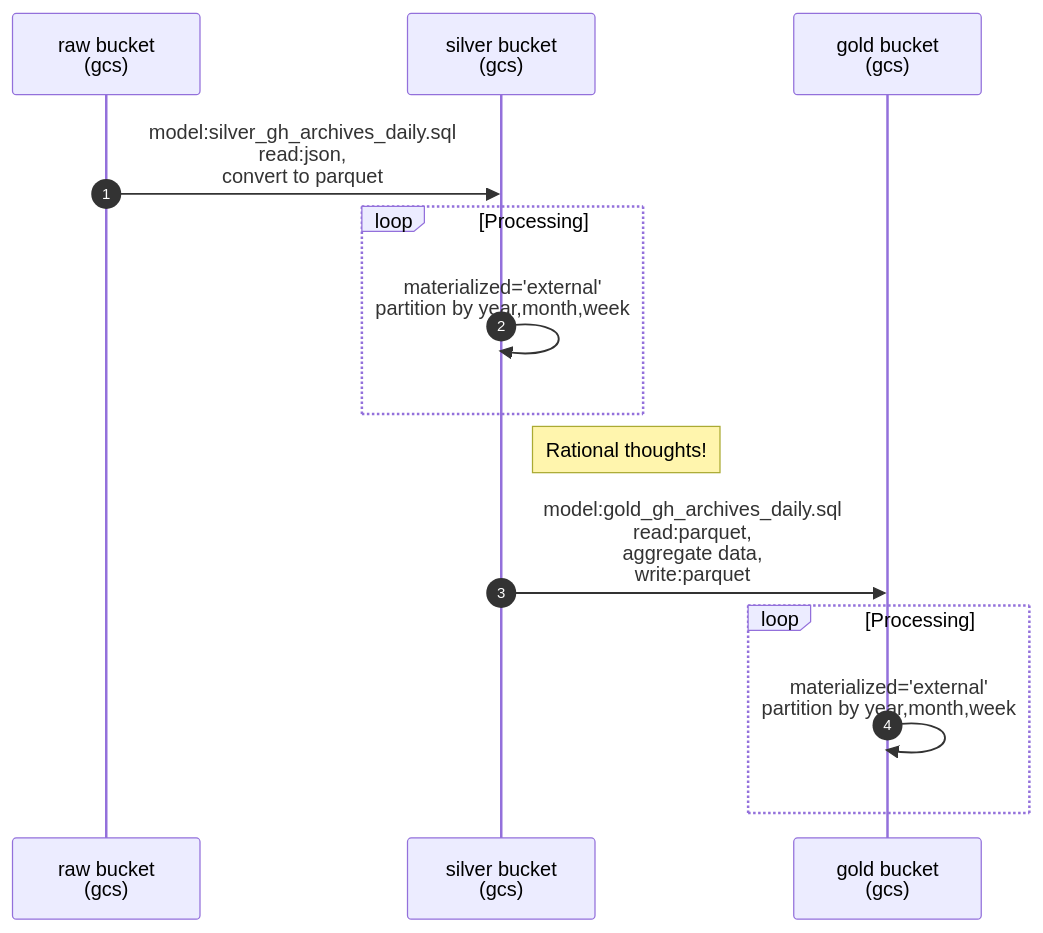
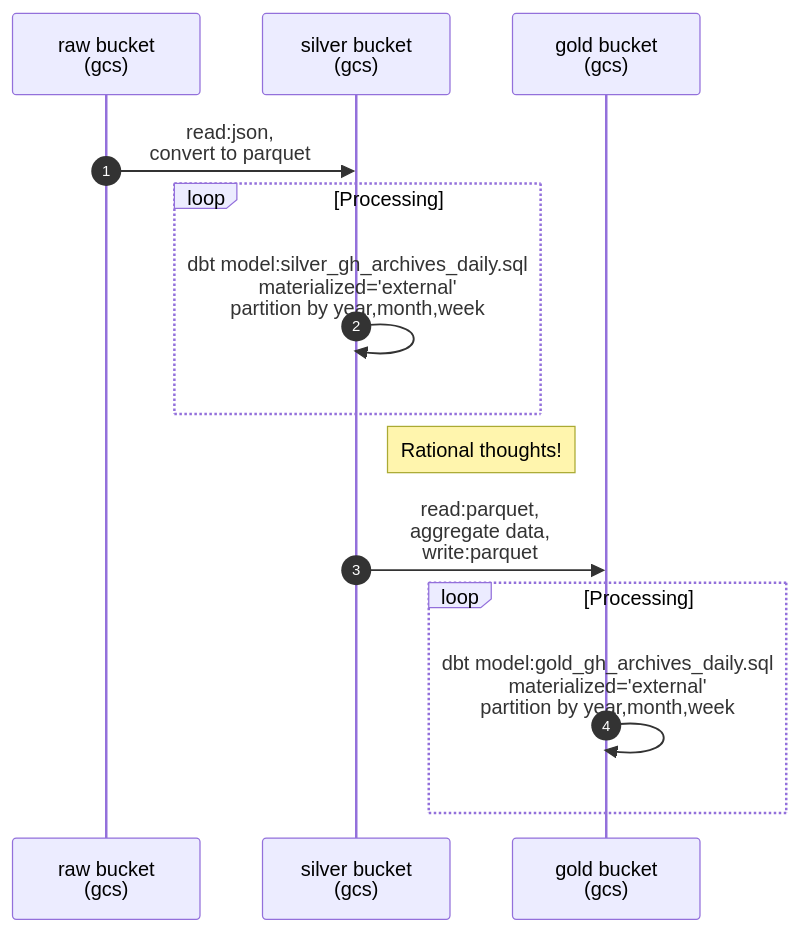
Before and after one commit to srikanthkote/trade_dbt_project: the diagram in README.md, drawn with Mermaid. The commit also changed other lines of this file, not shown here.

````diff
--- a/README.md
+++ b/README.md
@@ -13,17 +17,17 @@
 ```mermaid
 sequenceDiagram
   participant Alice as raw bucket<br>(gcs)
   participant John as silver bucket<br>(gcs)
   participant Bob as gold bucket<br>(gcs)
 
   autonumber
-  Alice ->> John: model:silver_gh_archives_daily.sql <br>read:json, <br>convert to parquet
+  Alice ->> John: read:json, <br>convert to parquet
   loop Processing
-    John ->> John: materialized='external' <br> partition by year,month,week
+    John ->> John: dbt model:silver_gh_archives_daily.sql <br> materialized='external' <br> partition by year,month,week
   end
   Note right of John: Rational thoughts!
-  John ->> Bob: model:gold_gh_archives_daily.sql <br>read:parquet, <br>aggregate data, <br>write:parquet
+  John ->> Bob: read:parquet, <br>aggregate data, <br>write:parquet
   loop Processing
-    Bob ->> Bob: materialized='external' <br> partition by year,month,week
+    Bob ->> Bob: dbt model:gold_gh_archives_daily.sql <br>materialized='external' <br> partition by year,month,week
   end  
 ```
````
